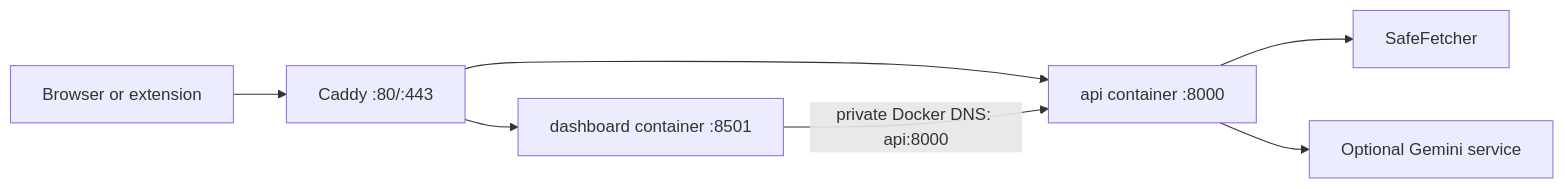
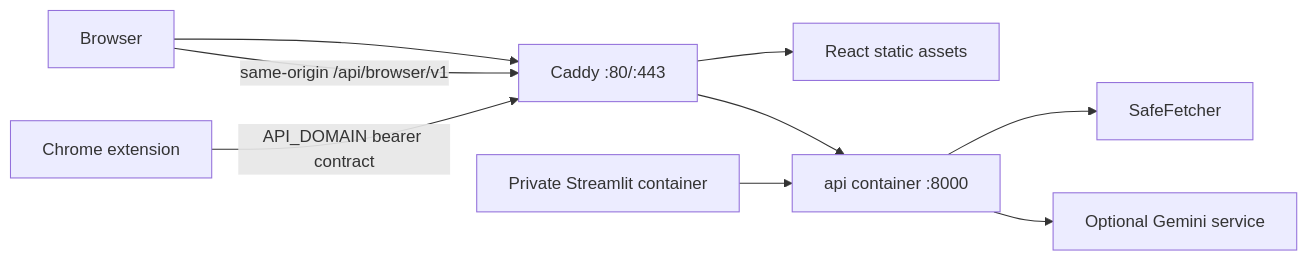
The diagram in docs/deployment.md (Rakshak-D/SEO-Sensei), drawn with Mermaid before and after one commit. The commit also changed other lines of this file and 54 other files, not shown here.

````diff
--- a/docs/deployment.md
+++ b/docs/deployment.md
@@ -6,9 +7,11 @@
 ```mermaid
 flowchart LR
-    Browser[Browser or extension] --> Caddy[Caddy :80/:443]
-    Caddy --> Dashboard[dashboard container :8501]
+    Browser[Browser] --> Caddy[Caddy :80/:443]
+    Browser -->|same-origin /api/browser/v1| Caddy
+    Caddy --> Web[React static assets]
     Caddy --> API[api container :8000]
-    Dashboard -->|private Docker DNS: api:8000| API
+    Extension[Chrome extension] -->|API_DOMAIN bearer contract| Caddy
+    Dashboard[Private Streamlit container] --> API
     API --> Fetcher[SafeFetcher]
     API --> Gemini[Optional Gemini service]
 ```
````
